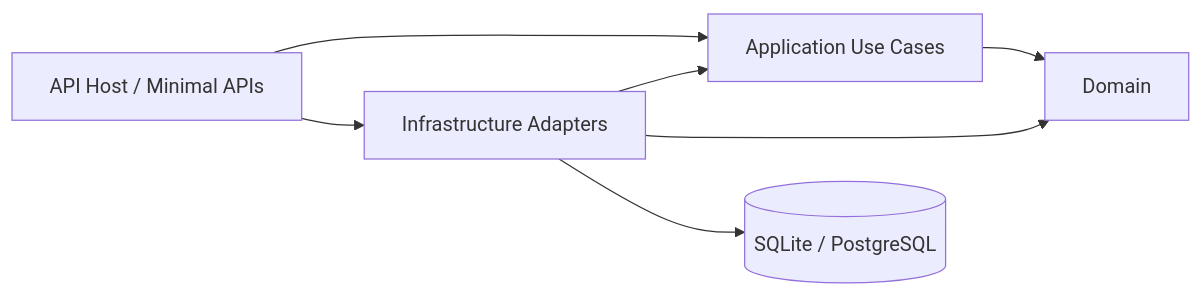
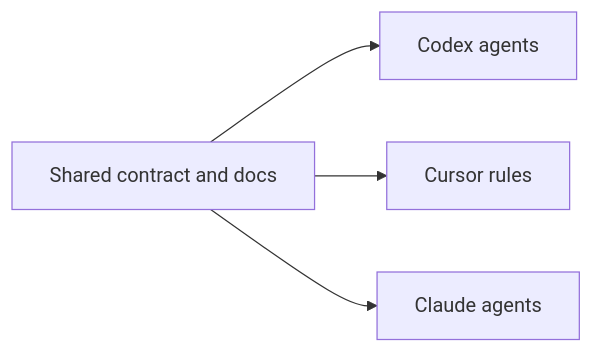
One commit to HungNgo96/agent_codex_private changed the second of 2 diagrams in ARCHITECTURE.md. Above: the diagram before and after it, drawn with Mermaid. The commit also changed other lines of this file and 164 other files, not shown here.

````diff
--- a/ARCHITECTURE.md
+++ b/ARCHITECTURE.md
@@ -34,9 +32,6 @@
 ```mermaid
 flowchart LR
-    Api[API Host / Minimal APIs] --> Application[Application Use Cases]
-    Infrastructure[Infrastructure Adapters] --> Application
-    Infrastructure --> Domain[Domain]
-    Application --> Domain
-    Api --> Infrastructure
-    Infrastructure --> Database[(SQLite / PostgreSQL)]
+    Shared[Shared contract and docs] --> Codex[Codex agents]
+    Shared --> Cursor[Cursor rules]
+    Shared --> Claude[Claude agents]
 ```
````
